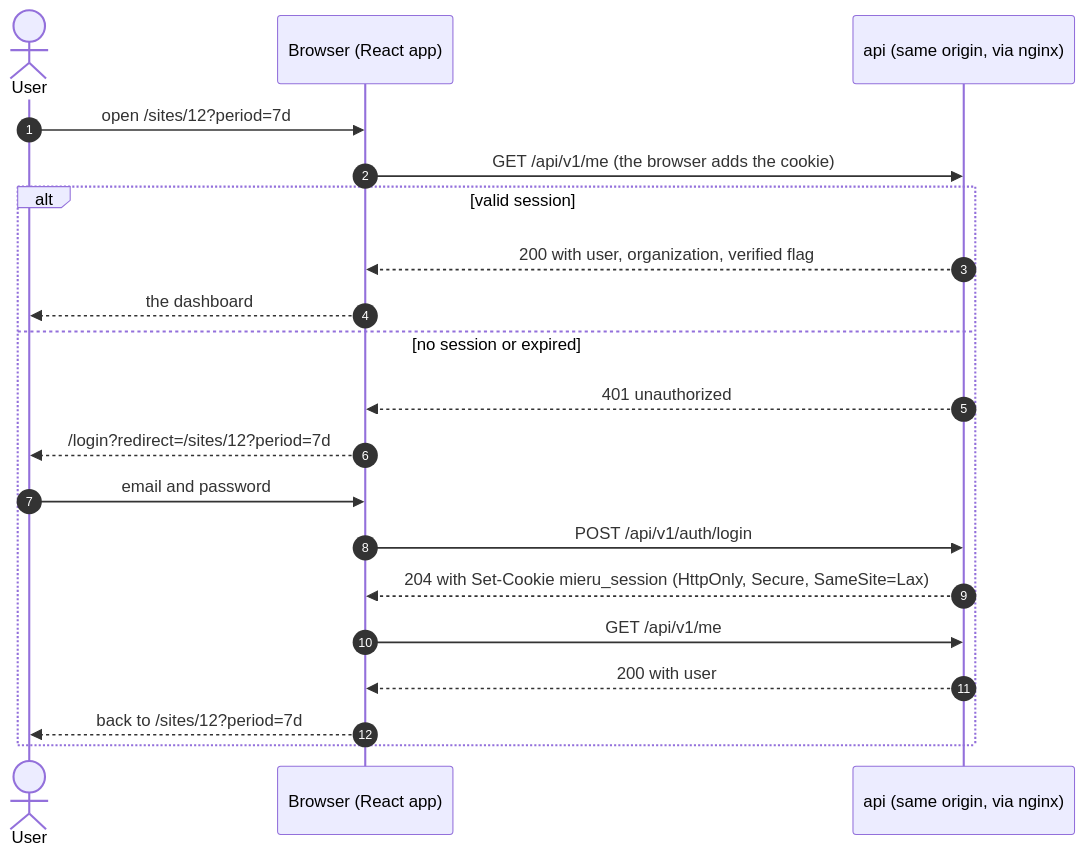
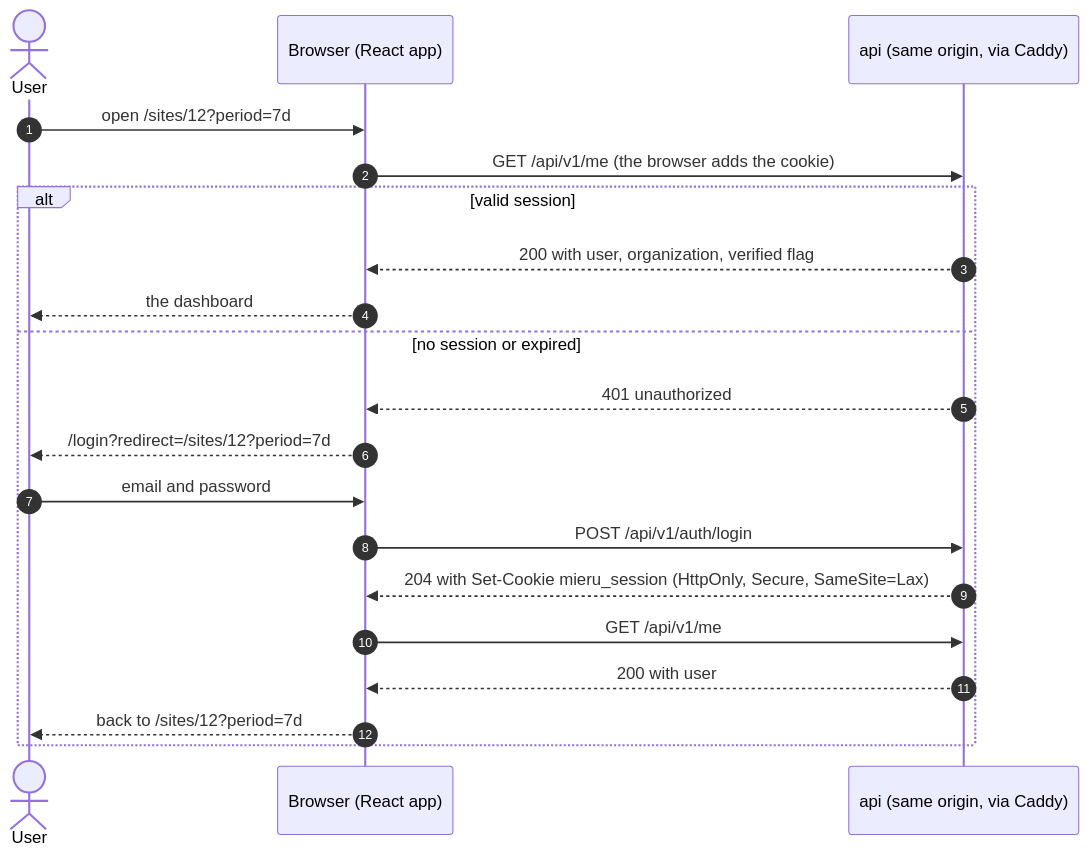
Before and after one commit to AntonBurduzha/mieru: the diagram in docs/frontend.md, drawn with Mermaid. The commit also changed other lines of this file and 14 other files, not shown here.

First line of the commit message:
build(ops): caddy replaces nginx and certbot in front of the prod stack

````diff
--- a/docs/frontend.md
+++ b/docs/frontend.md
@@ -113,22 +113,22 @@
 ```mermaid
 sequenceDiagram
     autonumber
     actor U as User
     participant B as Browser (React app)
-    participant A as api (same origin, via nginx)
+    participant A as api (same origin, via Caddy)
     U->>B: open /sites/12?period=7d
     B->>A: GET /api/v1/me (the browser adds the cookie)
     alt valid session
         A-->>B: 200 with user, organization, verified flag
         B-->>U: the dashboard
     else no session or expired
         A-->>B: 401 unauthorized
         B-->>U: /login?redirect=/sites/12?period=7d
         U->>B: email and password
         B->>A: POST /api/v1/auth/login
         A-->>B: 204 with Set-Cookie mieru_session (HttpOnly, Secure, SameSite=Lax)
         B->>A: GET /api/v1/me
         A-->>B: 200 with user
         B-->>U: back to /sites/12?period=7d
     end
 ```
````
